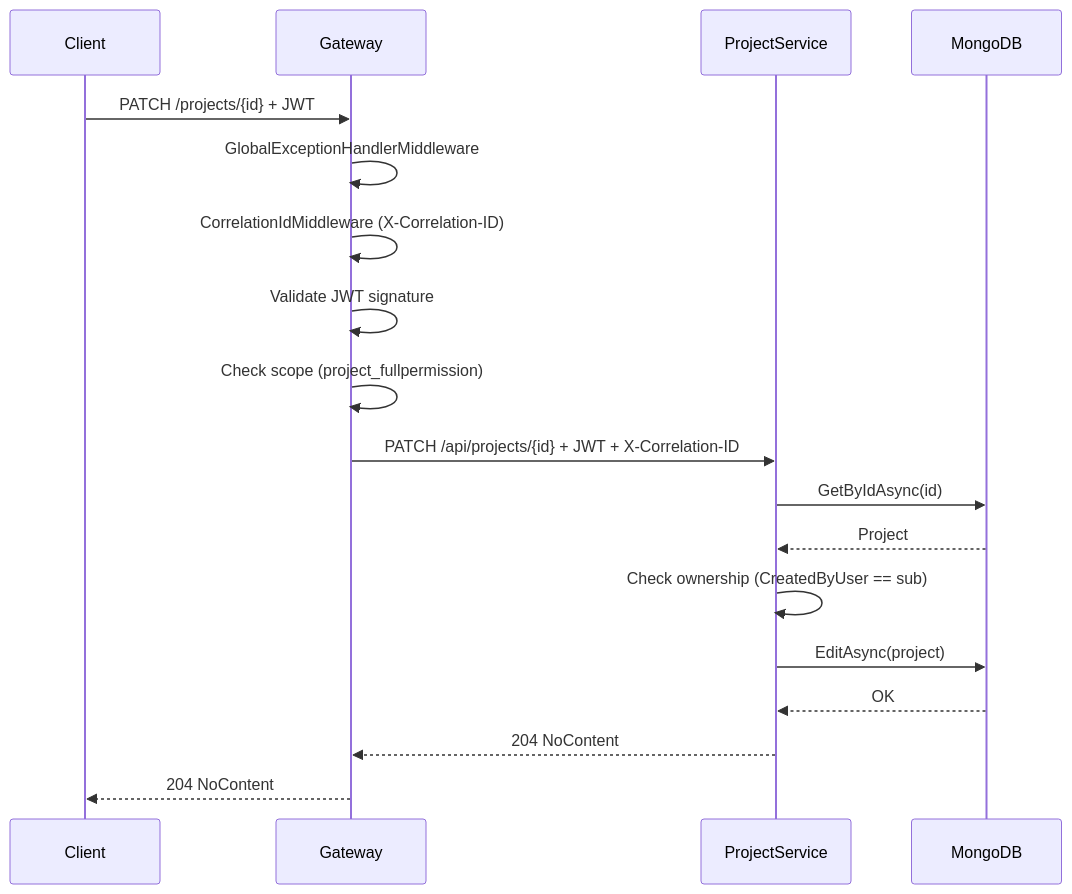
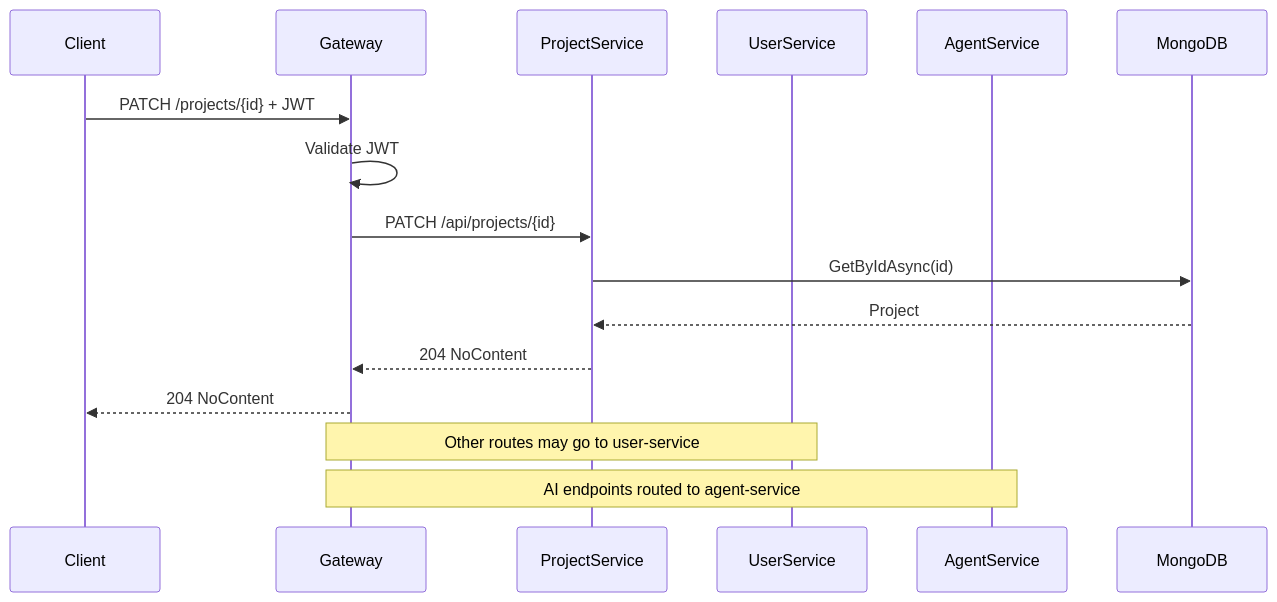
One commit to AboubacarSow/task-management-microservice changed the fifth of 14 diagrams in README.md. Above: the diagram before and after it, drawn with Mermaid. The commit also changed other lines of this file and 8 other files, not shown here.

````diff
--- a/README.md
+++ b/README.md
@@ -171,21 +207,22 @@
 ```mermaid
 sequenceDiagram
     participant Client
     participant Gateway
     participant ProjectService
+    participant UserService
+    participant AgentService
     participant MongoDB
 
     Client->>Gateway: PATCH /projects/{id} + JWT
-    Gateway->>Gateway: GlobalExceptionHandlerMiddleware
-    Gateway->>Gateway: CorrelationIdMiddleware (X-Correlation-ID)
-    Gateway->>Gateway: Validate JWT signature
-    Gateway->>Gateway: Check scope (project_fullpermission)
-    Gateway->>ProjectService: PATCH /api/projects/{id} + JWT + X-Correlation-ID
+    Gateway->>Gateway: Validate JWT
+    Gateway->>ProjectService: PATCH /api/projects/{id}
+
     ProjectService->>MongoDB: GetByIdAsync(id)
     MongoDB-->>ProjectService: Project
-    ProjectService->>ProjectService: Check ownership (CreatedByUser == sub)
-    ProjectService->>MongoDB: EditAsync(project)
-    MongoDB-->>ProjectService: OK
+
     ProjectService-->>Gateway: 204 NoContent
     Gateway-->>Client: 204 NoContent
+
+    Note over Gateway,UserService: Other routes may go to user-service
+    Note over Gateway,AgentService: AI endpoints routed to agent-service
 ```
````
